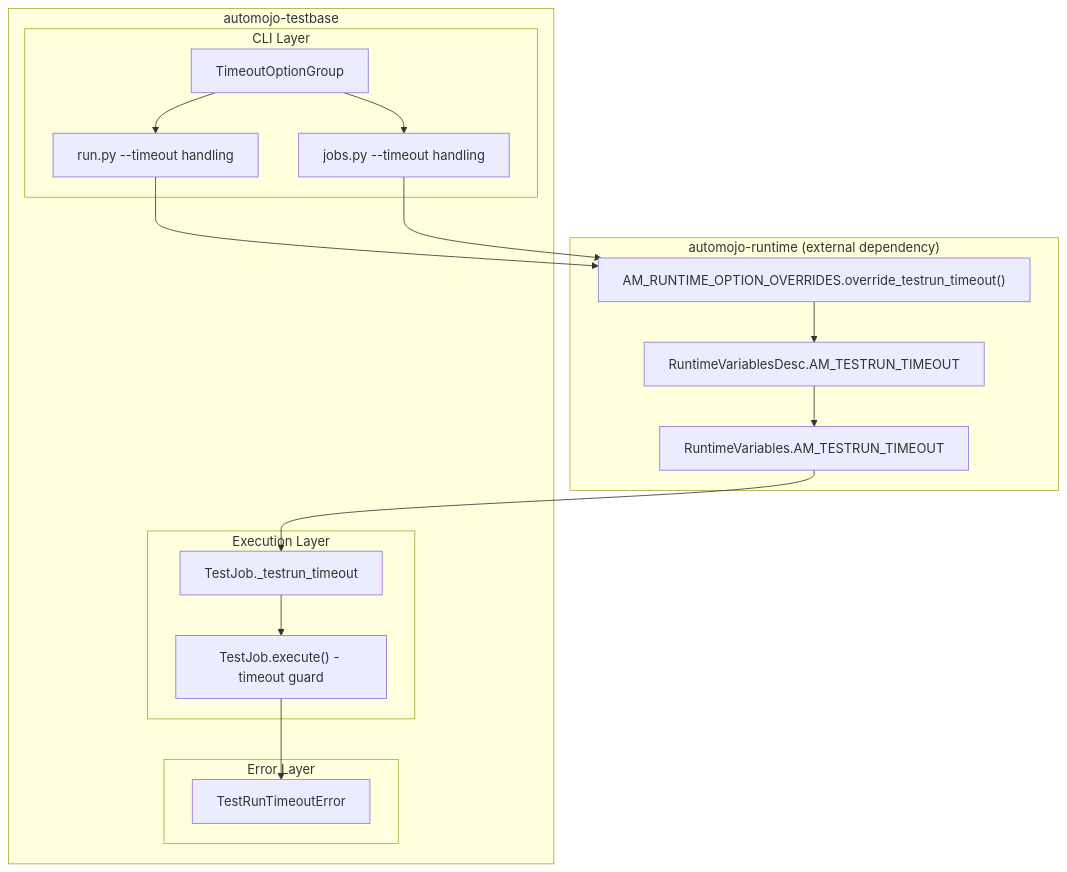
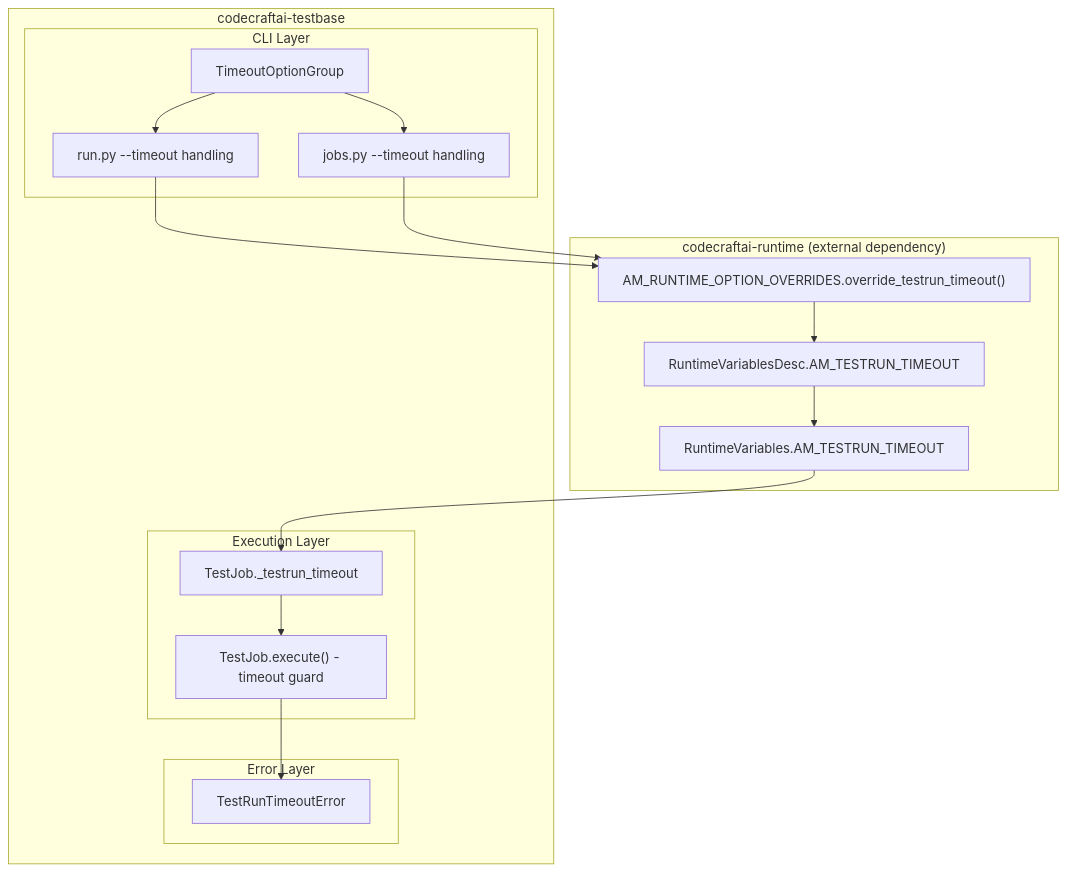
Before and after one commit to code-craft-ai-company/codecraftai-testbase: the second of 2 diagrams in specs/testrun-timeout/design.md, drawn with Mermaid. The commit also changed other lines of this file and 638 other files, not shown here.

````diff
--- a/specs/testrun-timeout/design.md
+++ b/specs/testrun-timeout/design.md
@@ -29,35 +29,35 @@
 ```mermaid
 graph TB
-    subgraph "automojo-runtime (external dependency)"
+    subgraph "codecraftai-runtime (external dependency)"
         RVD["RuntimeVariablesDesc.AM_TESTRUN_TIMEOUT"]
         RV["RuntimeVariables.AM_TESTRUN_TIMEOUT"]
         OV["AM_RUNTIME_OPTION_OVERRIDES.override_testrun_timeout()"]
     end
 
-    subgraph "automojo-testbase"
+    subgraph "codecraftai-testbase"
         subgraph "CLI Layer"
             TOG["TimeoutOptionGroup"]
             RUN["run.py --timeout handling"]
             JOBS["jobs.py --timeout handling"]
         end
 
         subgraph "Execution Layer"
             TJ["TestJob._testrun_timeout"]
             TJE["TestJob.execute() - timeout guard"]
         end
 
         subgraph "Error Layer"
             TRTE["TestRunTimeoutError"]
         end
     end
 
     TOG --> RUN
     TOG --> JOBS
     RUN --> OV
     JOBS --> OV
     OV --> RVD
     RVD --> RV
     RV --> TJ
     TJ --> TJE
     TJE --> TRTE
 ```
````
